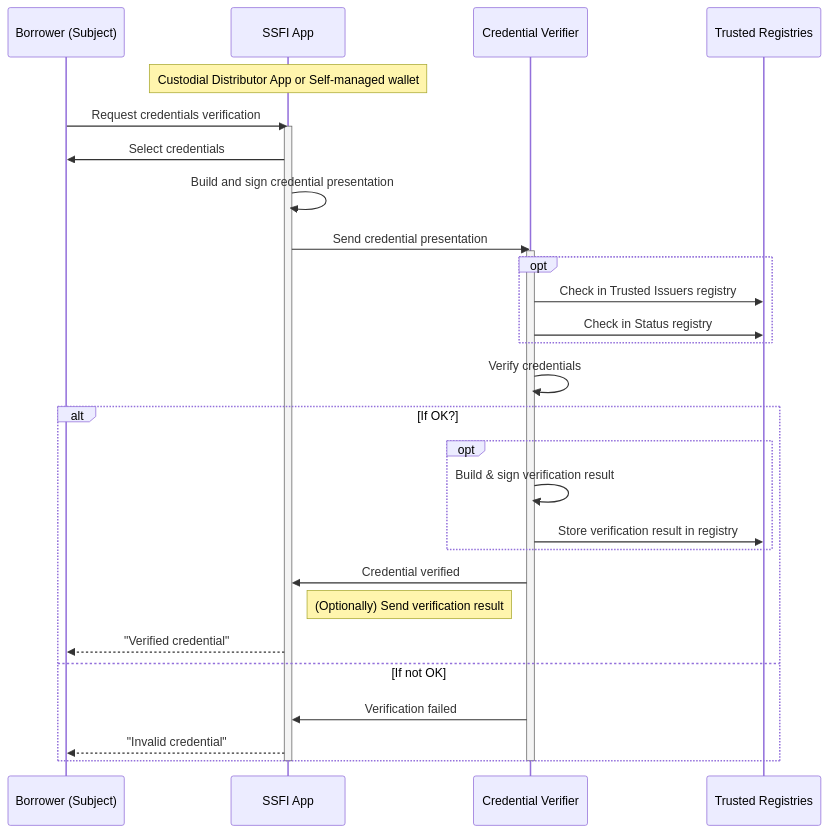
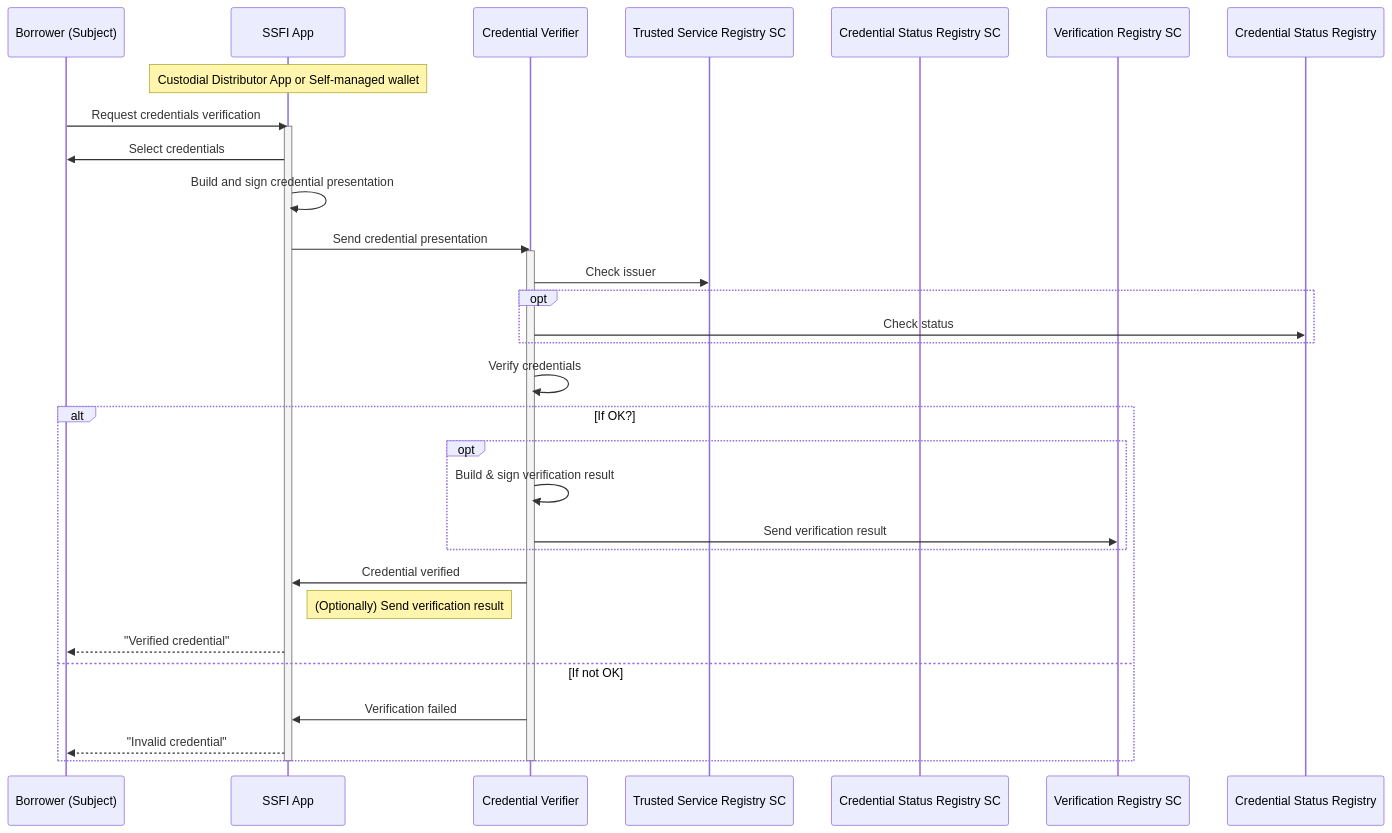
One commit to growr-xyz/growr-documentation changed the diagram in flows/B-Identity-3-Credentials-Verification.md. Above: the diagram before and after it, drawn with Mermaid. The commit also changed other lines of this file and 23 other files, not shown here.

````diff
--- a/flows/B-Identity-3-Credentials-Verification.md
+++ b/flows/B-Identity-3-Credentials-Verification.md
@@ -5,33 +5,35 @@
 ```mermaid
 sequenceDiagram
     participant Borrower (Subject)
     participant SSFI App
     participant Credential Verifier
-    participant Trusted Registries
+    participant Trusted Service Registry SC
+    participant Credential Status Registry SC
+    participant Verification Registry SC
     Note over SSFI App: Custodial Distributor App or Self-managed wallet
     Borrower (Subject)->>SSFI App: Request credentials verification
     activate SSFI App
     SSFI App->>Borrower (Subject): Select credentials
     SSFI App->>SSFI App: Build and sign credential presentation
     SSFI App->>Credential Verifier: Send credential presentation
     activate Credential Verifier
-    opt
-        Credential Verifier->>Trusted Registries: Check in Trusted Issuers registry
-        Credential Verifier->>Trusted Registries: Check in Status registry
+    Credential Verifier->>Trusted Service Registry SC: Check issuer
+    opt  
+        Credential Verifier->>Credential Status Registry: Check status
     end
     Credential Verifier->>Credential Verifier: Verify credentials
     alt If OK?
         opt
             Credential Verifier->>Credential Verifier: Build & sign verification result
-            Credential Verifier->>Trusted Registries: Store verification result in registry
+            Credential Verifier->>Verification Registry SC: Send verification result
         end
         Credential Verifier->>SSFI App: Credential verified
         Note left of Credential Verifier: (Optionally) Send verification result
         SSFI App-->>Borrower (Subject): "Verified credential"
     else If not OK
         Credential Verifier->>SSFI App: Verification failed
         SSFI App-->>Borrower (Subject): "Invalid credential"
     end
     deactivate Credential Verifier
     deactivate SSFI App
 ```
````
